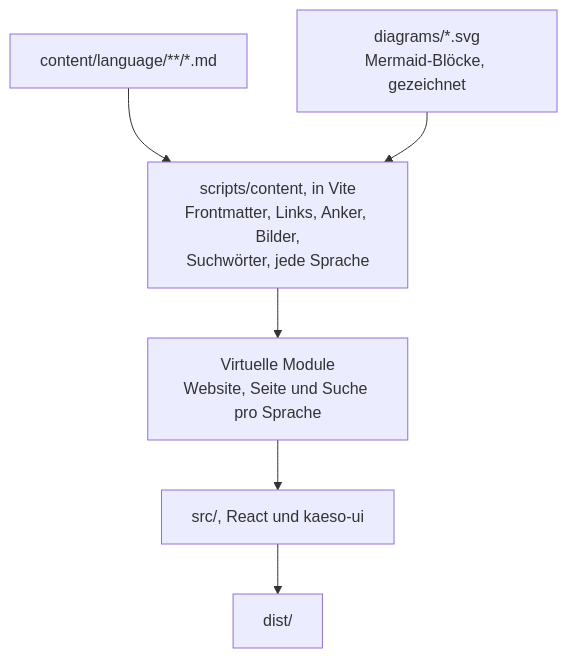
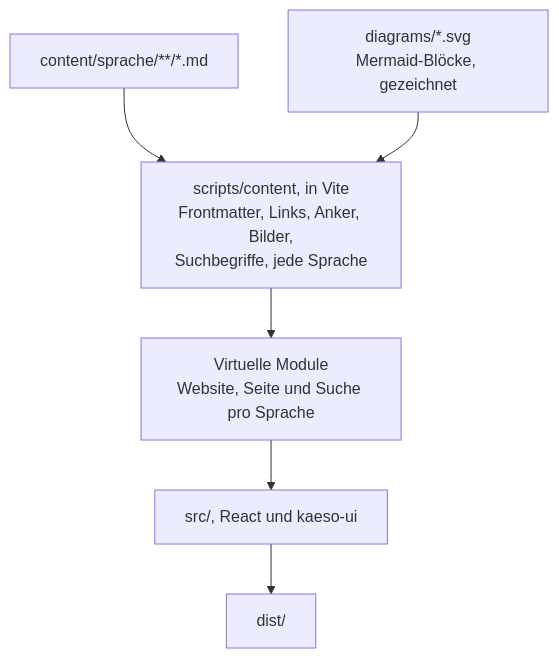
The diagram in apps/docs/content/de/development/architecture/docs-site.md (logicplanes/kaeso), drawn with Mermaid before and after one commit. The commit also changed other lines of this file and 24 other files, not shown here.

````diff
--- a/apps/docs/content/de/development/architecture/docs-site.md
+++ b/apps/docs/content/de/development/architecture/docs-site.md
@@ -9,10 +9,10 @@
 ```mermaid
 flowchart TD
   accTitle: Von Markdown zur Website
   accDescr: Beim Build liest scripts/content die Seiten in content und die gezeichneten Diagramme in diagrams, prüft sie und schreibt virtuelle Module für die Website jeder Sprache, jede Seite und die Suche. Die React-App in src zeichnet sie mit der UI-Bibliothek, und Vite schreibt dist.
-  pages[content/language/**/*.md] --> content[scripts/content, in Vite<br>Frontmatter, Links, Anker, Bilder,<br>Suchwörter, jede Sprache]
+  pages[content/sprache/**/*.md] --> content[scripts/content, in Vite<br>Frontmatter, Links, Anker, Bilder,<br>Suchbegriffe, jede Sprache]
   diagrams[diagrams/*.svg<br>Mermaid-Blöcke, gezeichnet] --> content
   content --> modules[Virtuelle Module<br>Website, Seite und Suche pro Sprache]
   modules --> app[src/, React und kaeso-ui]
   app --> dist[dist/]
 ```
````
